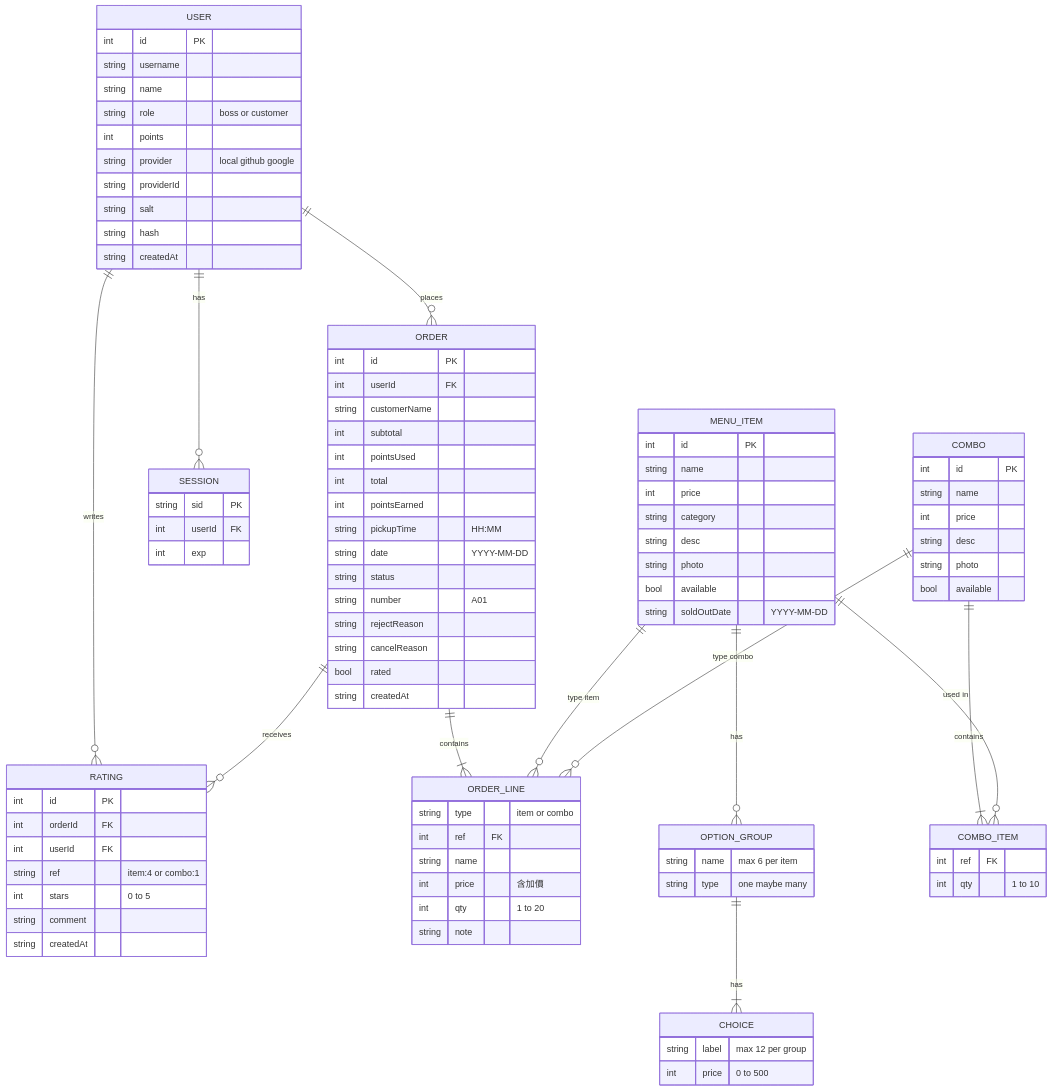
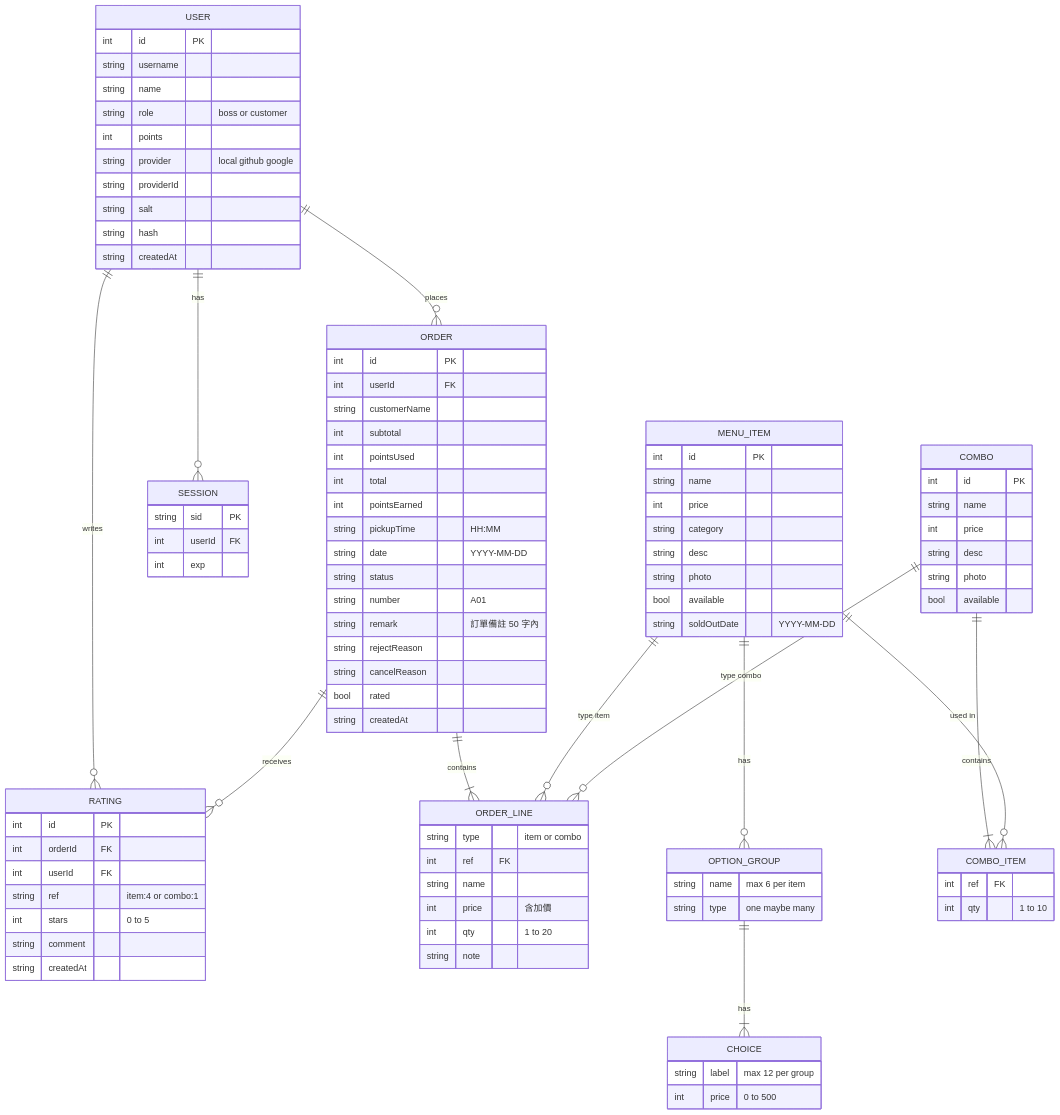
One commit to AlvinHii/breakfast-ordering-system changed the sixth of 7 diagrams in docs/SDD.md. Above: the diagram before and after it, drawn with Mermaid. The commit also changed other lines of this file and 6 other files, not shown here.

```diff
--- a/docs/SDD.md
+++ b/docs/SDD.md
@@ -377,6 +377,7 @@
     string date "YYYY-MM-DD"
     string status
     string number "A01"
+    string remark "訂單備註 50 字內"
     string rejectReason
     string cancelReason
     bool rated
```
